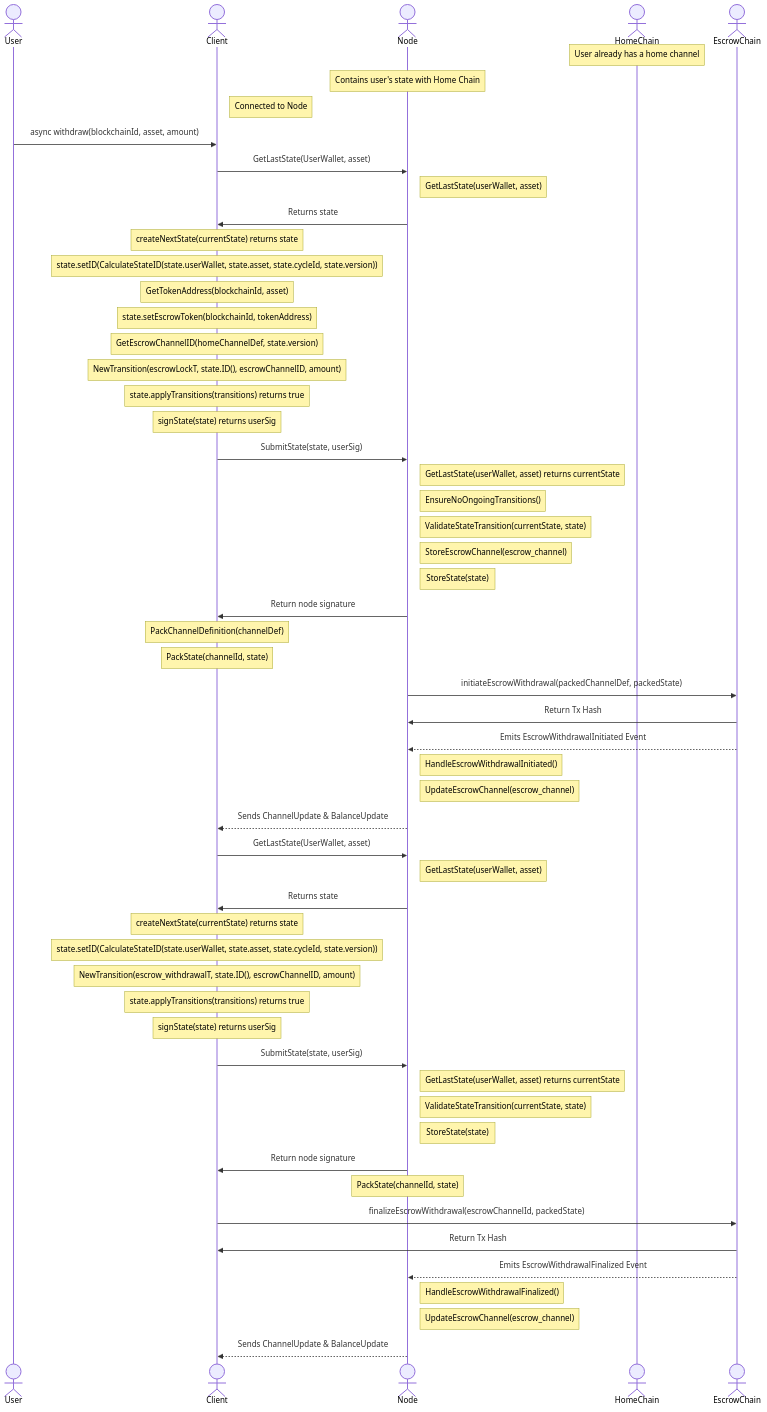
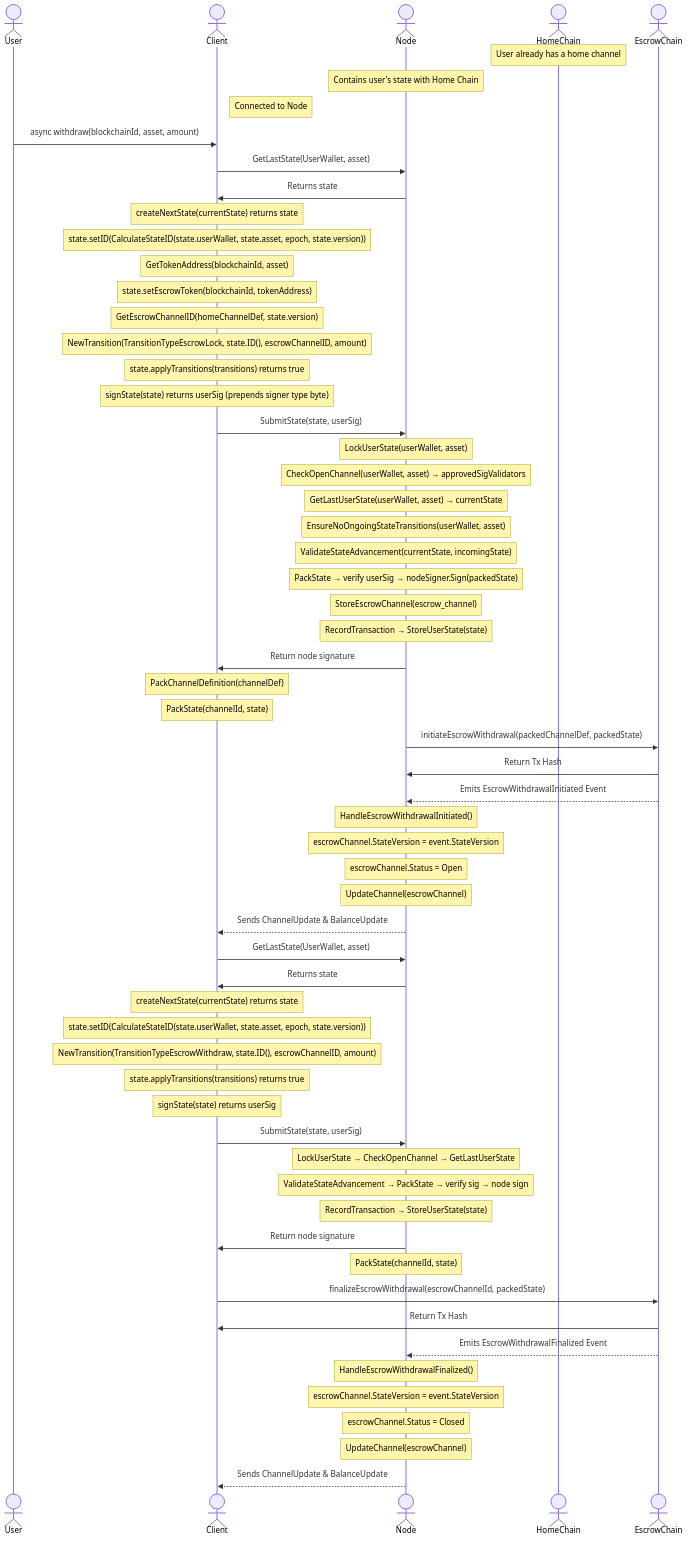
The diagram in docs/communication_flows/escrow_chan_withdrawal.mmd (erc7824/nitrolite), drawn with Mermaid before and after one commit. The commit also changed other lines of this file and 9 other files, not shown here.

First line of the commit message:
YNU-829: Update Data Models and Communication Flows diagrams (#616)

```diff
--- a/docs/communication_flows/escrow_chan_withdrawal.mmd
+++ b/docs/communication_flows/escrow_chan_withdrawal.mmd
@@ -1,61 +1,72 @@
 sequenceDiagram
         actor User
         actor Client
         actor Node
         actor HomeChain
         actor EscrowChain
         Note over HomeChain: User already has a home channel
-        Note over Node: Contains user's state with Home Chain 
+        Note over Node: Contains user's state with Home Chain
         Note right of Client: Connected to Node
+
         User->>Client: async withdraw(blockchainId, asset, amount)
 
+        %% Phase 1: Escrow Lock - lock funds for withdrawal
         Client->>Node: GetLastState(UserWallet, asset)
-        Note right of Node: GetLastState(userWallet, asset)
         Node->>Client: Returns state
         Note over Client: createNextState(currentState) returns state
-        Note over Client: state.setID(CalculateStateID(state.userWallet, state.asset, state.cycleId, state.version))
+        Note over Client: state.setID(CalculateStateID(state.userWallet, state.asset, epoch, state.version))
         Note over Client: GetTokenAddress(blockchainId, asset)
         Note over Client: state.setEscrowToken(blockchainId, tokenAddress)
         Note over Client: GetEscrowChannelID(homeChannelDef, state.version)
-        Note over Client: NewTransition(escrowLockT, state.ID(), escrowChannelID, amount)
+        Note over Client: NewTransition(TransitionTypeEscrowLock, state.ID(), escrowChannelID, amount)
         Note over Client: state.applyTransitions(transitions) returns true
-        Note over Client: signState(state) returns userSig
+        Note over Client: signState(state) returns userSig (prepends signer type byte)
 
         Client->>Node: SubmitState(state, userSig)
-        Note right of Node: GetLastState(userWallet, asset) returns currentState
-        Note right of Node: EnsureNoOngoingTransitions()
-        Note right of Node: ValidateStateTransition(currentState, state)
-        Note right of Node: StoreEscrowChannel(escrow_channel)
-        Note right of Node: StoreState(state)
+        Note over Node: LockUserState(userWallet, asset)
+        Note over Node: CheckOpenChannel(userWallet, asset) → approvedSigValidators
+        Note over Node: GetLastUserState(userWallet, asset) → currentState
+        Note over Node: EnsureNoOngoingStateTransitions(userWallet, asset)
+        Note over Node: ValidateStateAdvancement(currentState, incomingState)
+        Note over Node: PackState → verify userSig → nodeSigner.Sign(packedState)
+        Note over Node: StoreEscrowChannel(escrow_channel)
+        Note over Node: RecordTransaction → StoreUserState(state)
         Node->>Client: Return node signature
+
+        %% Phase 2: On-chain escrow withdrawal initiation
         Note over Client: PackChannelDefinition(channelDef)
         Note over Client: PackState(channelId, state)
         Node->>EscrowChain: initiateEscrowWithdrawal(packedChannelDef, packedState)
         EscrowChain->>Node: Return Tx Hash
         EscrowChain-->>Node: Emits EscrowWithdrawalInitiated Event
-        Note right of Node: HandleEscrowWithdrawalInitiated()
-        Note right of Node: UpdateEscrowChannel(escrow_channel)
+        Note over Node: HandleEscrowWithdrawalInitiated()
+        Note over Node: escrowChannel.StateVersion = event.StateVersion
+        Note over Node: escrowChannel.Status = Open
+        Note over Node: UpdateChannel(escrowChannel)
         Node-->>Client: Sends ChannelUpdate & BalanceUpdate
-        
+
+        %% Phase 3: Escrow withdrawal finalization - debit home, credit escrow
         Client->>Node: GetLastState(UserWallet, asset)
-        Note right of Node: GetLastState(userWallet, asset)
         Node->>Client: Returns state
         Note over Client: createNextState(currentState) returns state
-        Note over Client: state.setID(CalculateStateID(state.userWallet, state.asset, state.cycleId, state.version))
-        Note over Client: NewTransition(escrow_withdrawalT, state.ID(), escrowChannelID, amount)
+        Note over Client: state.setID(CalculateStateID(state.userWallet, state.asset, epoch, state.version))
+        Note over Client: NewTransition(TransitionTypeEscrowWithdraw, state.ID(), escrowChannelID, amount)
         Note over Client: state.applyTransitions(transitions) returns true
         Note over Client: signState(state) returns userSig
 
         Client->>Node: SubmitState(state, userSig)
-        Note right of Node: GetLastState(userWallet, asset) returns currentState
-        Note right of Node: ValidateStateTransition(currentState, state)
-        Note right of Node: StoreState(state)
+        Note over Node: LockUserState → CheckOpenChannel → GetLastUserState
+        Note over Node: ValidateStateAdvancement → PackState → verify sig → node sign
+        Note over Node: RecordTransaction → StoreUserState(state)
         Node->>Client: Return node signature
 
+        %% Phase 4: Finalize on-chain
         Note over Node: PackState(channelId, state)
         Client->>EscrowChain: finalizeEscrowWithdrawal(escrowChannelId, packedState)
         EscrowChain->>Client: Return Tx Hash
         EscrowChain-->>Node: Emits EscrowWithdrawalFinalized Event
-        Note right of Node: HandleEscrowWithdrawalFinalized()
-        Note right of Node: UpdateEscrowChannel(escrow_channel)
+        Note over Node: HandleEscrowWithdrawalFinalized()
+        Note over Node: escrowChannel.StateVersion = event.StateVersion
+        Note over Node: escrowChannel.Status = Closed
+        Note over Node: UpdateChannel(escrowChannel)
         Node-->>Client: Sends ChannelUpdate & BalanceUpdate
```
